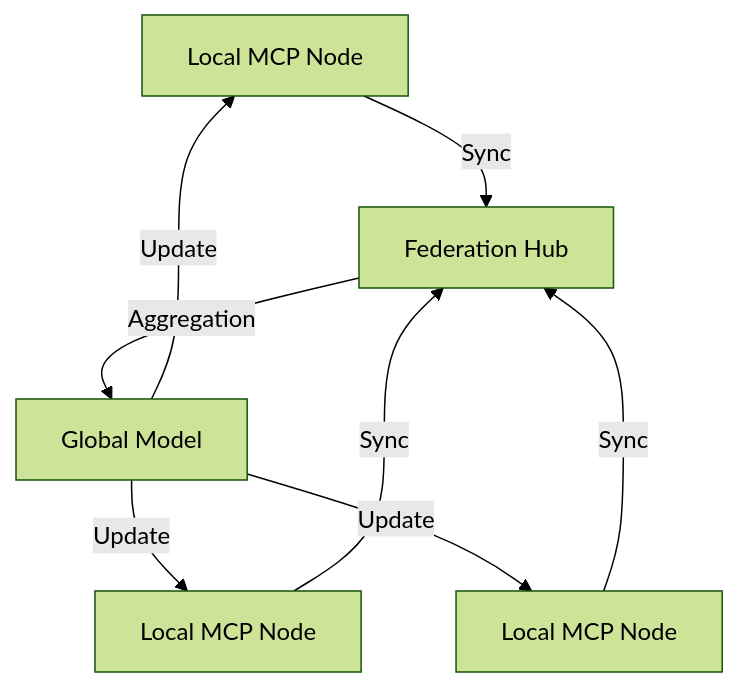
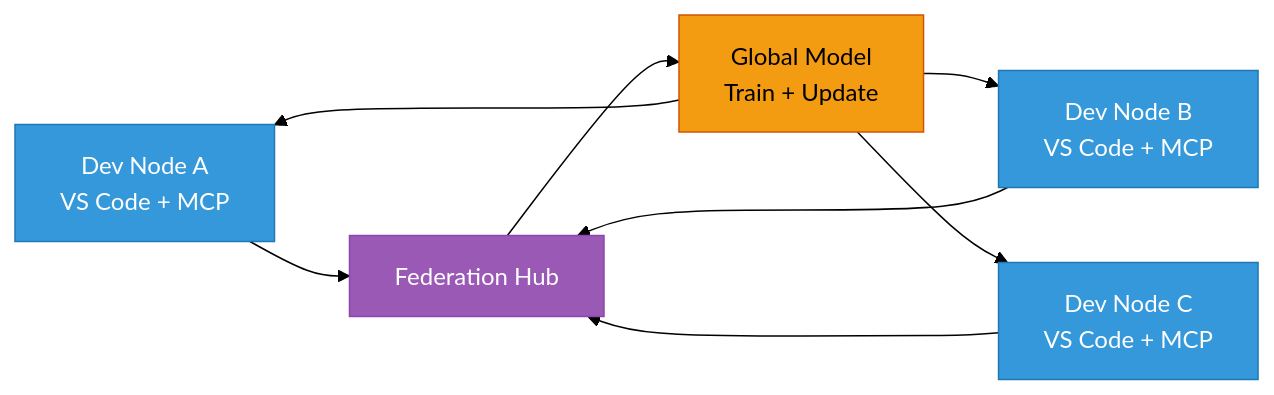
One commit to ManoharKonala/MCP-Server changed the fourth of 5 diagrams in MCP-Servers-Overview.md. Above: the diagram before and after it, drawn with Mermaid (forest theme). The commit also changed other lines of this file, not shown here.

Commit message:
😎 Peek at my VSCode-crafted MCP Servers Overview and their Trends

````diff
--- a/MCP-Servers-Overview.md
+++ b/MCP-Servers-Overview.md
@@ -360,10 +389,16 @@
   ```mermaid
-  graph TD
-    A[Local MCP Node] -->|Sync| B[Federation Hub]
-    C[Local MCP Node] -->|Sync| B
-    D[Local MCP Node] -->|Sync| B
-    B -->|Aggregation| E[Global Model]
-    E -->|Update| A
-    E -->|Update| C
-    E -->|Update| D
+  graph LR
+    A[Dev Node A<br>VS Code + MCP] --> E[Federation Hub]
+    B[Dev Node B<br>VS Code + MCP] --> E
+    C[Dev Node C<br>VS Code + MCP] --> E
+    E --> D[Global Model<br>Train + Update]
+    D --> A
+    D --> B
+    D --> C
+
+    style A fill:#3498db,stroke:#1f78b4,color:#fff
+    style B fill:#3498db,stroke:#1f78b4,color:#fff
+    style C fill:#3498db,stroke:#1f78b4,color:#fff
+    style E fill:#9b59b6,stroke:#8e44ad,color:#fff
+    style D fill:#f39c12,stroke:#d35400,color:#000
   ```
````
